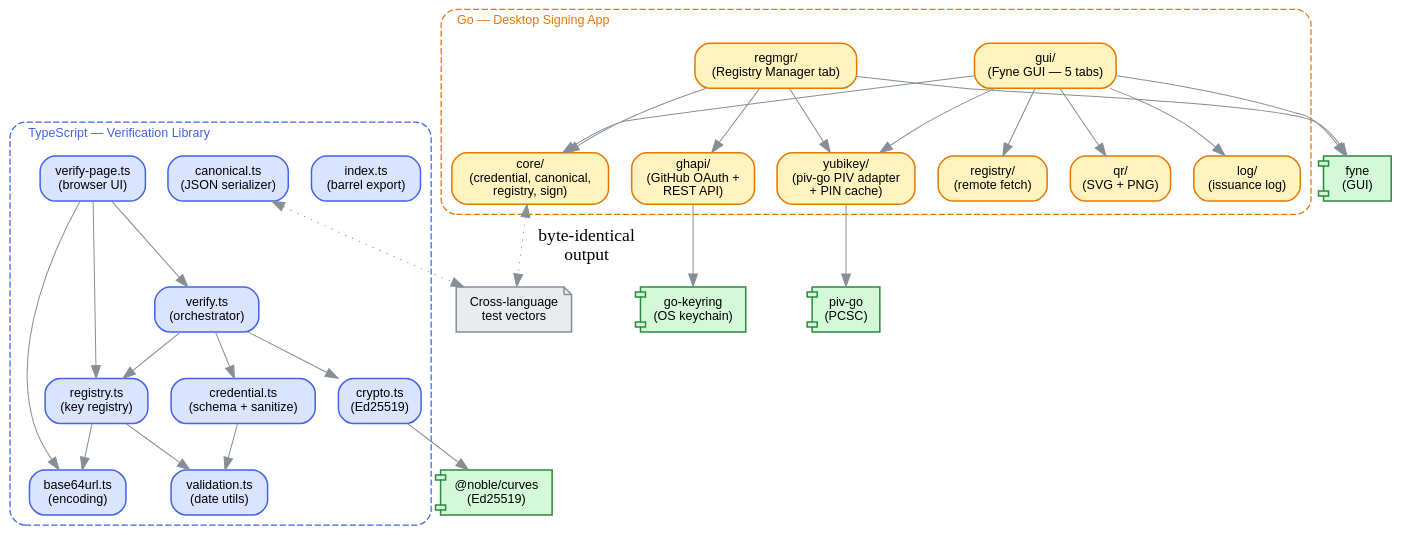
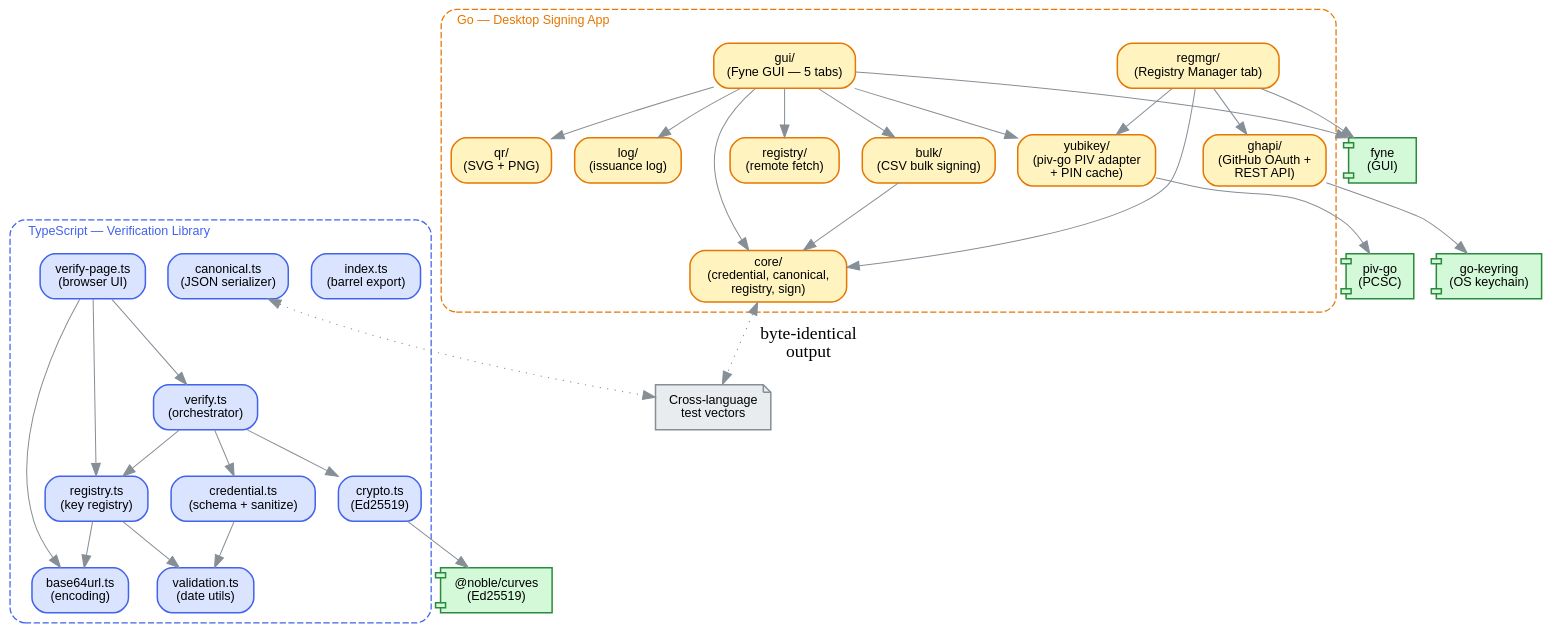
The diagram in docs/module-architecture.dot (RoyalHouseOfGeorgia/rhg_authenticator), drawn with Graphviz before and after one commit. The commit also changed 23 other files, not shown here.

First line of the commit message:
Bulk sign credentials from CSV (#117)

```diff
--- a/docs/module-architecture.dot
+++ b/docs/module-architecture.dot
@@ -1,87 +1,90 @@
 digraph module_architecture {
     rankdir=TB;
     bgcolor="transparent";
     node [fontname="Helvetica", fontsize=10, style="filled,rounded", shape=box, penwidth=1.2];
     edge [color="#868e96", penwidth=0.8];
     compound=true;
 
     // TypeScript verification library
     subgraph cluster_ts {
         label="TypeScript — Verification Library";
         labeljust=l;
         style="dashed,rounded";
         color="#4263eb";
         fontname="Helvetica";
         fontsize=10;
         fontcolor="#4263eb";
 
         index [label="index.ts\n(barrel export)", fillcolor="#dbe4ff", color="#4263eb"];
         verify [label="verify.ts\n(orchestrator)", fillcolor="#dbe4ff", color="#4263eb"];
         verify_page [label="verify-page.ts\n(browser UI)", fillcolor="#dbe4ff", color="#4263eb"];
         credential [label="credential.ts\n(schema + sanitize)", fillcolor="#dbe4ff", color="#4263eb"];
         crypto [label="crypto.ts\n(Ed25519)", fillcolor="#dbe4ff", color="#4263eb"];
         registry [label="registry.ts\n(key registry)", fillcolor="#dbe4ff", color="#4263eb"];
         validation [label="validation.ts\n(date utils)", fillcolor="#dbe4ff", color="#4263eb"];
         base64url [label="base64url.ts\n(encoding)", fillcolor="#dbe4ff", color="#4263eb"];
         canonical [label="canonical.ts\n(JSON serializer)", fillcolor="#dbe4ff", color="#4263eb"];
     }
 
     // Go signing app
     subgraph cluster_go {
         label="Go — Desktop Signing App";
         labeljust=l;
         style="dashed,rounded";
         color="#e67700";
         fontname="Helvetica";
         fontsize=10;
         fontcolor="#e67700";
 
         go_gui [label="gui/\n(Fyne GUI — 5 tabs)", fillcolor="#fff3bf", color="#e67700"];
+        go_bulk [label="bulk/\n(CSV bulk signing)", fillcolor="#fff3bf", color="#e67700"];
         go_core [label="core/\n(credential, canonical,\nregistry, sign)", fillcolor="#fff3bf", color="#e67700"];
         go_regmgr [label="regmgr/\n(Registry Manager tab)", fillcolor="#fff3bf", color="#e67700"];
         go_ghapi [label="ghapi/\n(GitHub OAuth +\nREST API)", fillcolor="#fff3bf", color="#e67700"];
         go_yubikey [label="yubikey/\n(piv-go PIV adapter\n+ PIN cache)", fillcolor="#fff3bf", color="#e67700"];
         go_qr [label="qr/\n(SVG + PNG)", fillcolor="#fff3bf", color="#e67700"];
         go_log [label="log/\n(issuance log)", fillcolor="#fff3bf", color="#e67700"];
         go_registry [label="registry/\n(remote fetch)", fillcolor="#fff3bf", color="#e67700"];
     }
 
     // External deps
     noble [label="@noble/curves\n(Ed25519)", shape=component, fillcolor="#d3f9d8", color="#2b8a3e"];
     pivgo [label="piv-go\n(PCSC)", shape=component, fillcolor="#d3f9d8", color="#2b8a3e"];
     fyne [label="fyne\n(GUI)", shape=component, fillcolor="#d3f9d8", color="#2b8a3e"];
     keyring [label="go-keyring\n(OS keychain)", shape=component, fillcolor="#d3f9d8", color="#2b8a3e"];
 
     // Cross-language link
     vectors [label="Cross-language\ntest vectors", shape=note, fillcolor="#e9ecef", color="#868e96"];
 
     // TypeScript core deps
     verify -> credential;
     verify -> crypto;
     verify -> registry;
     verify_page -> verify;
     verify_page -> base64url;
     verify_page -> registry;
     credential -> validation;
     registry -> base64url;
     registry -> validation;
     crypto -> noble;
 
     // Go internal deps
     go_gui -> go_core;
+    go_gui -> go_bulk;
+    go_bulk -> go_core;
     go_gui -> go_yubikey;
     go_gui -> go_qr;
     go_gui -> go_log;
     go_gui -> go_registry;
     go_regmgr -> go_core;
     go_regmgr -> go_ghapi;
     go_regmgr -> go_yubikey;
     go_yubikey -> pivgo;
     go_gui -> fyne;
     go_regmgr -> fyne;
     go_ghapi -> keyring;
 
     // Cross-language
     go_core -> vectors [style=dotted, dir=both, label="byte-identical\noutput"];
     canonical -> vectors [style=dotted, dir=both];
 }
```
